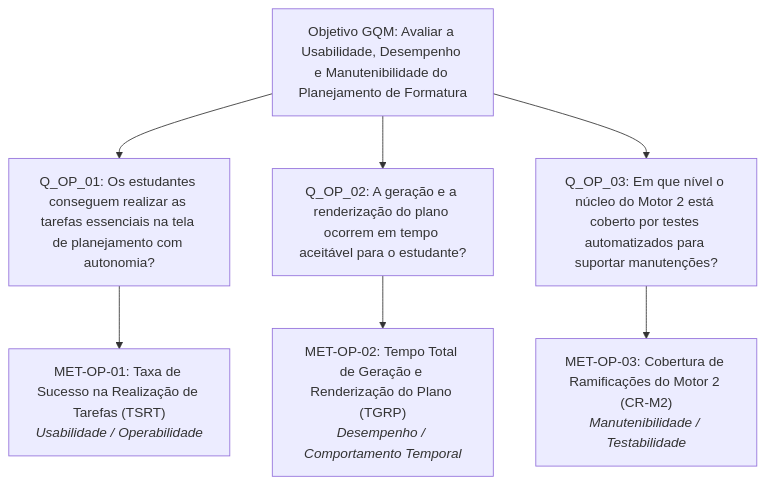
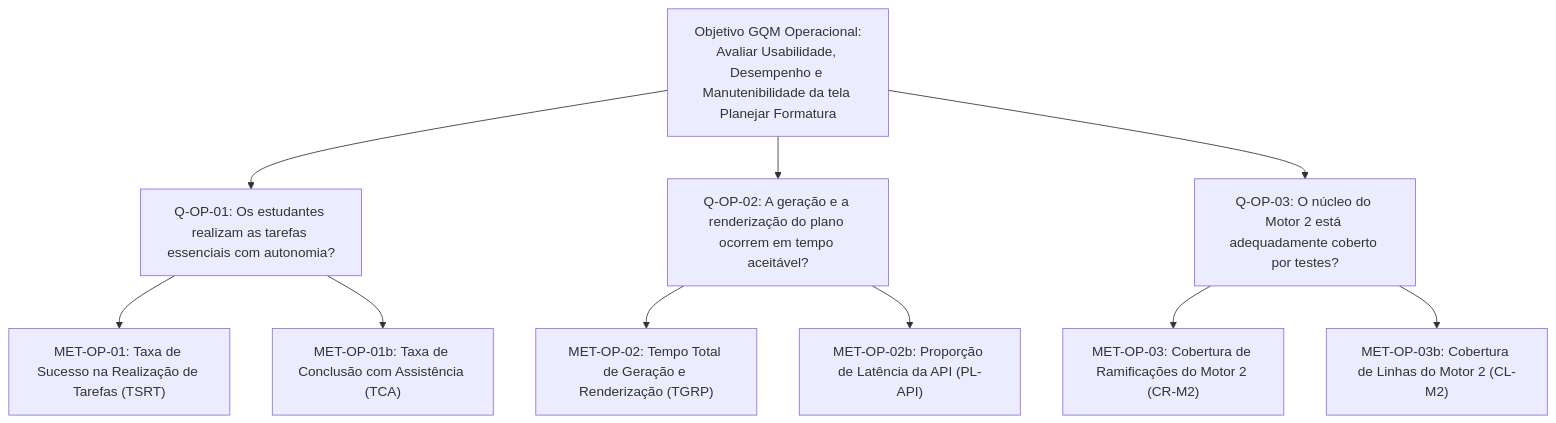
The diagram in docs/fases/fase2/metricasOperacionais.md (FCTE-Qualidade-de-Software-1/2026-2_T02_JEAN_SAMMET), drawn with Mermaid before and after one commit. The commit also changed other lines of this file and 8 other files, not shown here.

````diff
--- a/docs/fases/fase2/metricasOperacionais.md
+++ b/docs/fases/fase2/metricasOperacionais.md
@@ -41,12 +23,17 @@
 ```mermaid
 graph TD
-    Goal["Objetivo GQM: Avaliar a Usabilidade, Desempenho e Manutenibilidade do Planejamento de Formatura"]
+    Goal["Objetivo GQM Operacional:<br/>Avaliar Usabilidade, Desempenho e Manutenibilidade da tela Planejar Formatura"]
     
-    Goal --> Q1["Q_OP_01: Os estudantes conseguem realizar as tarefas essenciais na tela de planejamento com autonomia?"]
-    Goal --> Q2["Q_OP_02: A geração e a renderização do plano ocorrem em tempo aceitável para o estudante?"]
-    Goal --> Q3["Q_OP_03: Em que nível o núcleo do Motor 2 está coberto por testes automatizados para suportar manutenções?"]
+    Goal --> Q1["Q-OP-01: Os estudantes realizam as tarefas essenciais com autonomia?"]
+    Goal --> Q2["Q-OP-02: A geração e a renderização do plano ocorrem em tempo aceitável?"]
+    Goal --> Q3["Q-OP-03: O núcleo do Motor 2 está adequadamente coberto por testes?"]
     
-    Q1 --> M1["MET-OP-01: Taxa de Sucesso na Realização de Tarefas (TSRT)<br/><i>Usabilidade / Operabilidade</i>"]
-    Q2 --> M2["MET-OP-02: Tempo Total de Geração e Renderização do Plano (TGRP)<br/><i>Desempenho / Comportamento Temporal</i>"]
-    Q3 --> M3["MET-OP-03: Cobertura de Ramificações do Motor 2 (CR-M2)<br/><i>Manutenibilidade / Testabilidade</i>"]
+    Q1 --> M1["MET-OP-01: Taxa de Sucesso na Realização de Tarefas (TSRT)"]
+    Q1 --> M1b["MET-OP-01b: Taxa de Conclusão com Assistência (TCA)"]
+    
+    Q2 --> M2["MET-OP-02: Tempo Total de Geração e Renderização (TGRP)"]
+    Q2 --> M2b["MET-OP-02b: Proporção de Latência da API (PL-API)"]
+    
+    Q3 --> M3["MET-OP-03: Cobertura de Ramificações do Motor 2 (CR-M2)"]
+    Q3 --> M3b["MET-OP-03b: Cobertura de Linhas do Motor 2 (CL-M2)"]
 ```
````
